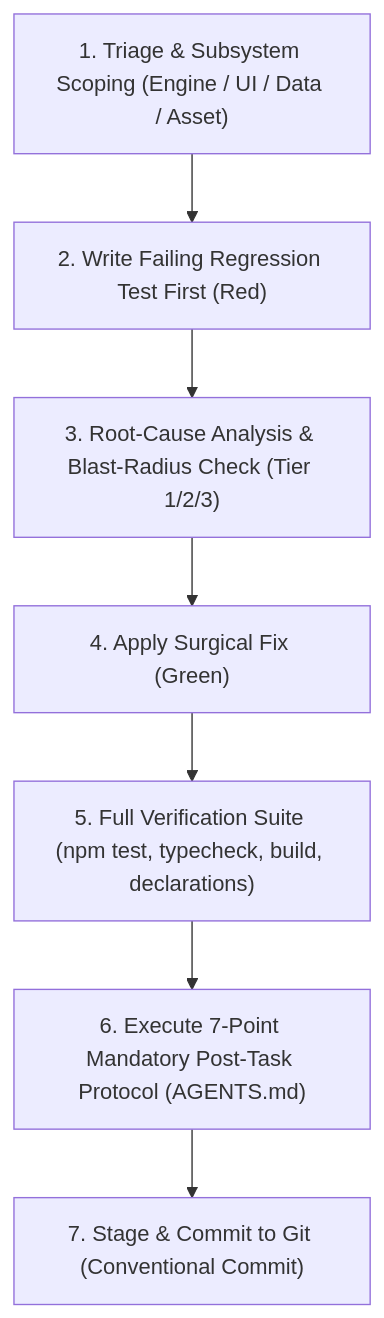
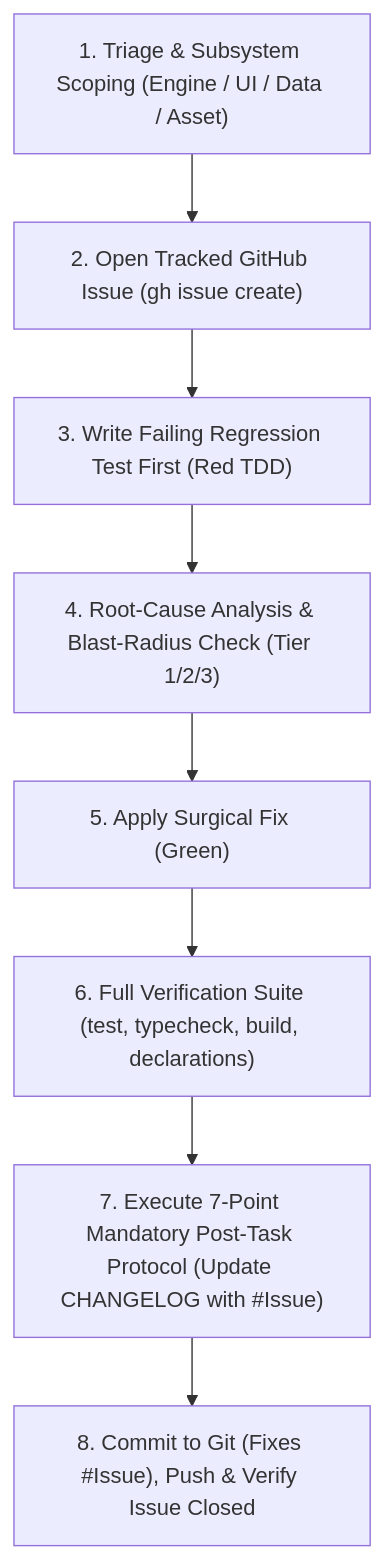
One commit to SteveRodrigue/MCD changed the diagram in .agents/skills/bug-fix/SKILL.md. Above: the diagram before and after it, drawn with Mermaid. The commit also changed other lines of this file, not shown here.

Commit message:
docs(skills): enhance bug-fix skill with 8-step GitHub issue tracking and TDD lifecycle

````diff
--- a/.agents/skills/bug-fix/SKILL.md
+++ b/.agents/skills/bug-fix/SKILL.md
@@ -54,9 +58,10 @@
 ```mermaid
 flowchart TD
-    S1["1. Triage & Subsystem Scoping (Engine / UI / Data / Asset)"] --> S2["2. Write Failing Regression Test First (Red)"]
-    S2 --> S3["3. Root-Cause Analysis & Blast-Radius Check (Tier 1/2/3)"]
-    S3 --> S4["4. Apply Surgical Fix (Green)"]
-    S4 --> S5["5. Full Verification Suite (npm test, typecheck, build, declarations)"]
-    S5 --> S6["6. Execute 7-Point Mandatory Post-Task Protocol (AGENTS.md)"]
-    S6 --> S7["7. Stage & Commit to Git (Conventional Commit)"]
+    S1["1. Triage & Subsystem Scoping (Engine / UI / Data / Asset)"] --> S2["2. Open Tracked GitHub Issue (gh issue create)"]
+    S2 --> S3["3. Write Failing Regression Test First (Red TDD)"]
+    S3 --> S4["4. Root-Cause Analysis & Blast-Radius Check (Tier 1/2/3)"]
+    S4 --> S5["5. Apply Surgical Fix (Green)"]
+    S5 --> S6["6. Full Verification Suite (test, typecheck, build, declarations)"]
+    S6 --> S7["7. Execute 7-Point Mandatory Post-Task Protocol (Update CHANGELOG with #Issue)"]
+    S7 --> S8["8. Commit to Git (Fixes #Issue), Push & Verify Issue Closed"]
 ```
````
